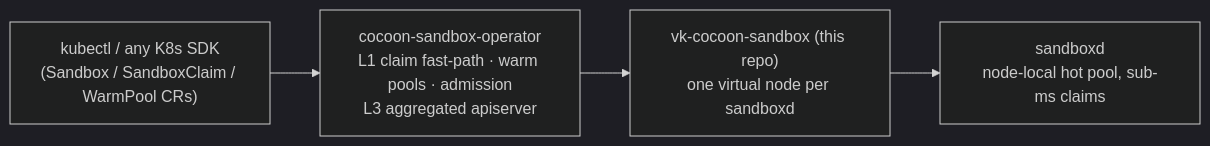
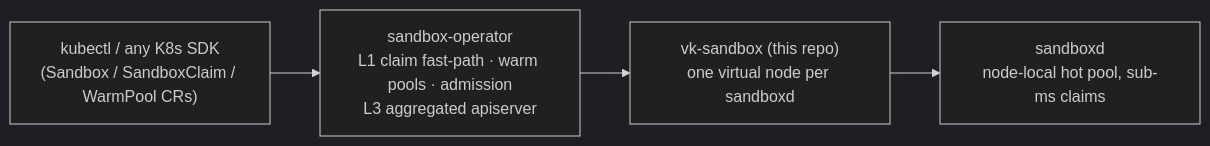
One commit to cocoonstack/vk-sandbox changed the diagram in README.md. Above: the diagram before and after it, drawn with Mermaid (dark theme). The commit also changed other lines of this file and 25 other files, not shown here.

First line of the commit message:
rename: vk-cocoon-sandbox -> vk-sandbox

````diff
--- a/README.md
+++ b/README.md
@@ -13,8 +13,8 @@
 ```mermaid
 flowchart LR
     K["kubectl / any K8s SDK<br/>(Sandbox / SandboxClaim / WarmPool CRs)"]
-    OP["cocoon-sandbox-operator<br/>L1 claim fast-path · warm pools · admission<br/>L3 aggregated apiserver"]
-    VK["vk-cocoon-sandbox (this repo)<br/>one virtual node per sandboxd"]
+    OP["sandbox-operator<br/>L1 claim fast-path · warm pools · admission<br/>L3 aggregated apiserver"]
+    VK["vk-sandbox (this repo)<br/>one virtual node per sandboxd"]
     SD["sandboxd<br/>node-local hot pool, sub-ms claims"]
     K --> OP --> VK --> SD
 ```
````
